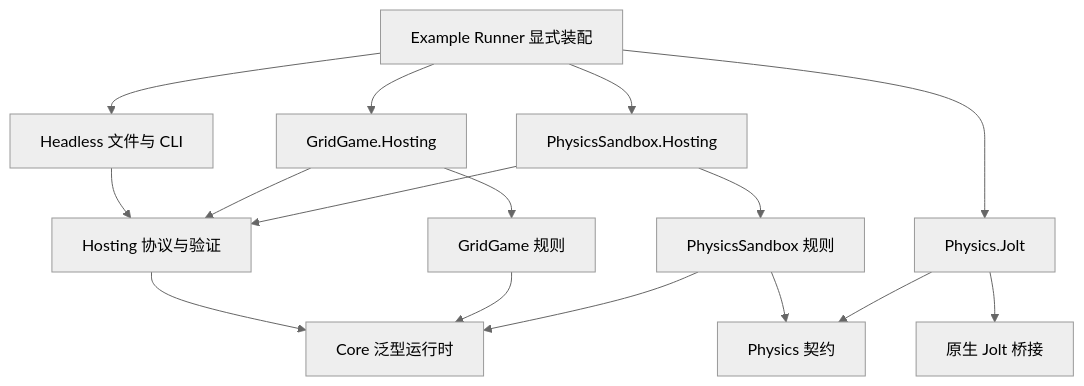
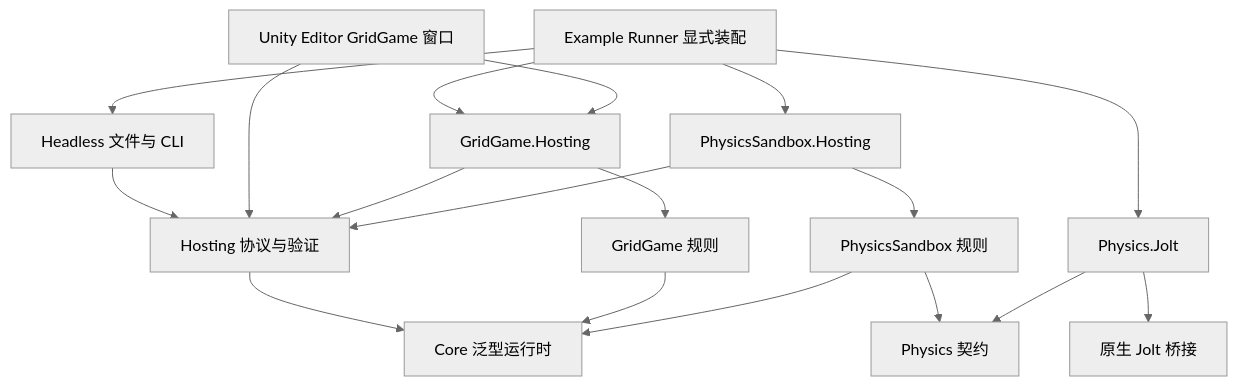
Before and after one commit to amuroray742-png/ai_native_game_engine: the diagram in docs/ai-native-game-engine-design.md, drawn with Mermaid (neutral theme). The commit also changed other lines of this file and 25 other files, not shown here.

Commit message:
feat: run GridGame in Unity Editor and verify tick parity with CLI

````diff
--- a/docs/ai-native-game-engine-design.md
+++ b/docs/ai-native-game-engine-design.md
@@ -17,18 +17,20 @@
 ```mermaid
 flowchart TD
     Runner[Example Runner 显式装配] --> Headless[Headless 文件与 CLI]
     Headless --> Hosting[Hosting 协议与验证]
     Hosting --> Core[Core 泛型运行时]
     Runner --> GridAdapter[GridGame.Hosting]
+    Editor[Unity Editor GridGame 窗口] --> GridAdapter
+    Editor --> Hosting
     Runner --> PhysicsAdapter[PhysicsSandbox.Hosting]
     GridAdapter --> Hosting
     GridAdapter --> Grid[GridGame 规则]
     Grid --> Core
     PhysicsAdapter --> Hosting
     PhysicsAdapter --> Sandbox[PhysicsSandbox 规则]
     Sandbox --> Core
     Sandbox --> Physics[Physics 契约]
     Runner --> Jolt[Physics.Jolt]
     Jolt --> Physics
     Jolt --> Native[原生 Jolt 桥接]
 ```
````
